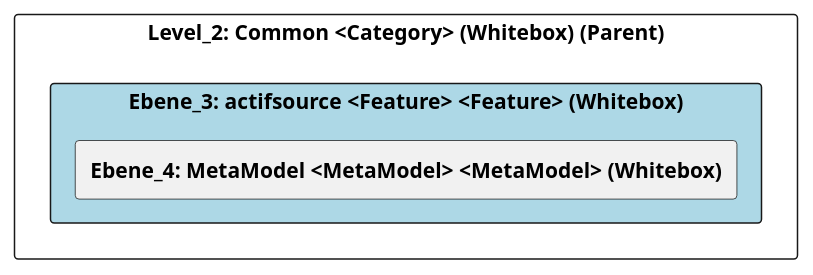
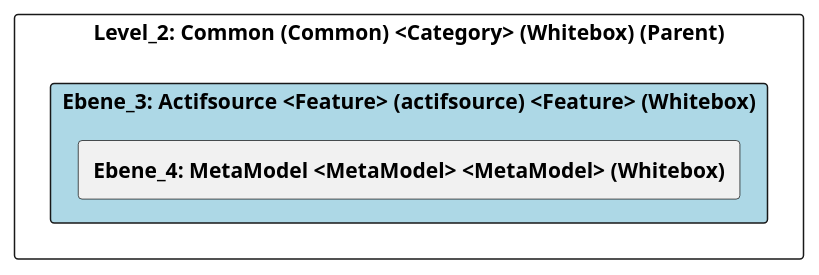
The diagram in doc/cleonproject_deliverables_architecture_model_architecture/adoc/de/05_bausteinsicht/cleon/common/actifsource/ebene_3_actifsource.adoc (marcozwyssig/cleon), drawn with PlantUML before and after one commit. The commit also changed other lines of this file and 166 other files, not shown here.

```diff
--- a/doc/cleonproject_deliverables_architecture_model_architecture/adoc/de/05_bausteinsicht/cleon/common/actifsource/ebene_3_actifsource.adoc
+++ b/doc/cleonproject_deliverables_architecture_model_architecture/adoc/de/05_bausteinsicht/cleon/common/actifsource/ebene_3_actifsource.adoc
@@ -20,26 +20,26 @@
-[plantuml, Ebene_3: actifsource <Feature> <Feature> (Whitebox)BlockOverview, format="svg"]
+[plantuml, Ebene_3: Actifsource <Feature> (actifsource) <Feature> (Whitebox)BlockOverview, format="svg"]
 ----
-@startuml Ebene_3: actifsource <Feature> <Feature> (Whitebox)BuildingBlockOverview
+@startuml Ebene_3: Actifsource <Feature> (actifsource) <Feature> (Whitebox)BuildingBlockOverview
 
 skinparam ranksep 10
 skinparam componentStyle rectangle
 skinparam shadowing false
 skinparam arrowColor lightblue
 skinparam arrowThickness 1.2
 skinparam rectangle {
   BackgroundColor White
   BorderColor #333
   RoundCorner 10
 }
 top to bottom direction
 
-component "Level_2: Common <Category> (Whitebox) (Parent)" {
-    component "Ebene_3: actifsource <Feature> <Feature> (Whitebox)" #lightblue {
+component "Level_2: Common (Common) <Category> (Whitebox) (Parent)" {
+    component "Ebene_3: Actifsource <Feature> (actifsource) <Feature> (Whitebox)" #lightblue {
         [**Ebene_4: MetaModel <MetaModel> <MetaModel> (Whitebox)**] as 4A57056A_D579_11EE_903E_9F564E4DE07E
     }
 
     
 }
 
 @enduml
 ----
```
